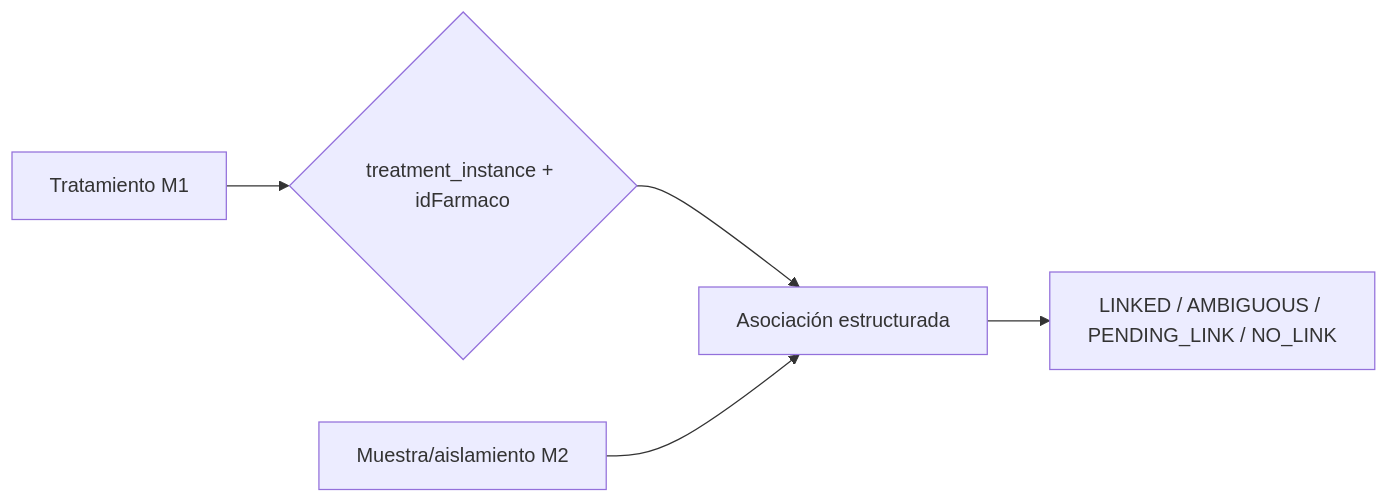
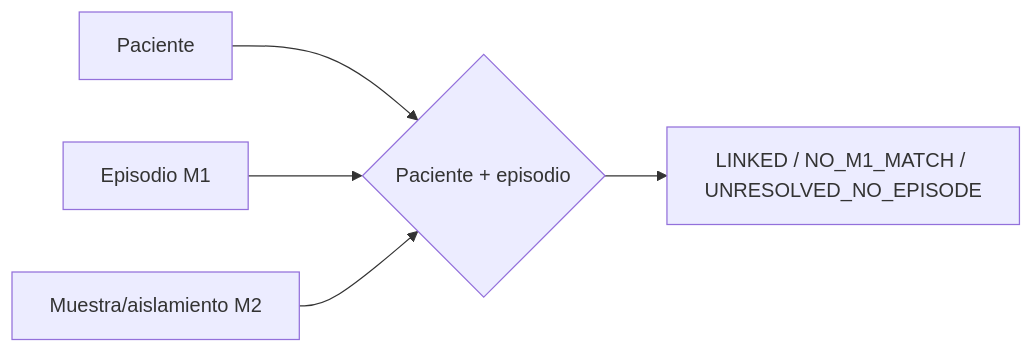
Before and after one commit to babenza/woshealth_documentacion: the diagram in INTEGRACION_M1_M2.md, drawn with Mermaid. The commit also changed other lines of this file and 4 other files, not shown here.

````diff
--- a/INTEGRACION_M1_M2.md
+++ b/INTEGRACION_M1_M2.md
@@ -3,7 +3,7 @@
 ```mermaid
 flowchart LR
-  T[Tratamiento M1] --> K{treatment_instance + idFarmaco}
-  K --> L[Asociación estructurada]
-  S[Muestra/aislamiento M2] --> L
-  L --> Q[LINKED / AMBIGUOUS / PENDING_LINK / NO_LINK]
+  P[Paciente] --> K{Paciente + episodio}
+  E[Episodio M1] --> K
+  S[Muestra/aislamiento M2] --> K
+  K --> Q[LINKED / NO_M1_MATCH / UNRESOLVED_NO_EPISODE]
 ```
````
